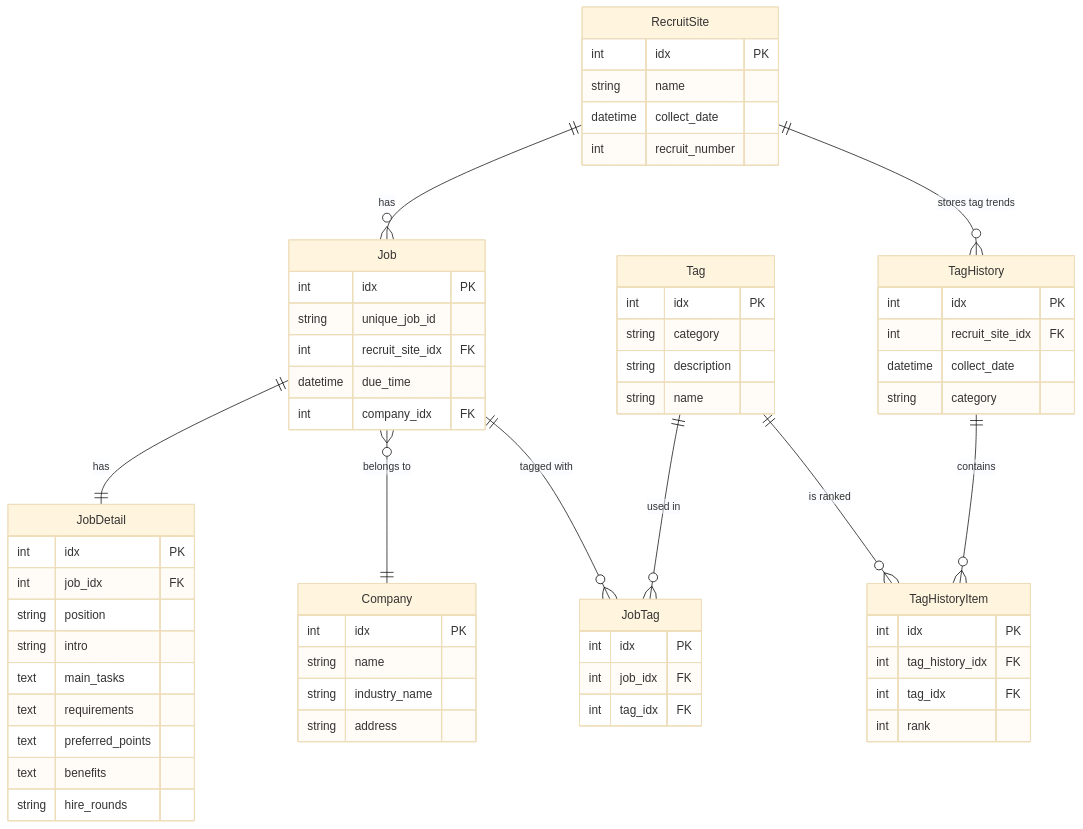
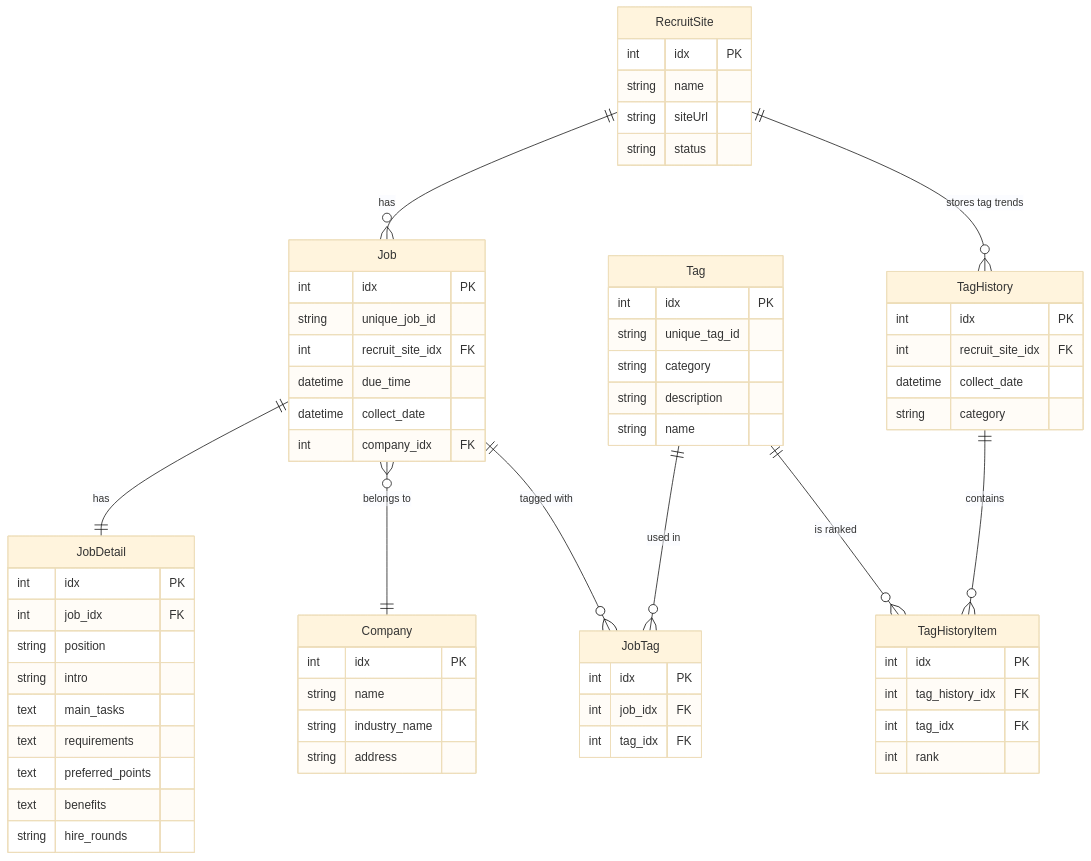
The second of 2 diagrams in README.md (JeongWon-West/supporter), drawn with Mermaid (base theme) before and after one commit. The commit also changed 25 other files, not shown here.

````diff
--- a/README.md
+++ b/README.md
@@ -131,73 +131,76 @@
 ```mermaid
 erDiagram
     RecruitSite {
         int idx PK
         string name
-        datetime collect_date
-        int recruit_number
+        string siteUrl
+        string status
     }
 
     Job {
         int idx PK
         string unique_job_id
         int recruit_site_idx FK
         datetime due_time
+        datetime collect_date
         int company_idx FK
     }
 
     JobDetail {
         int idx PK
         int job_idx FK
         string position
         string intro
         text main_tasks
         text requirements
         text preferred_points
         text benefits
         string hire_rounds
     }
 
     Company {
         int idx PK
         string name
         string industry_name
         string address
     }
 
     Tag {
         int idx PK
+        string unique_tag_id
         string category
         string description
         string name
     }
 
     JobTag {
         int idx PK
         int job_idx FK
         int tag_idx FK
     }
 
     TagHistory {
         int idx PK
         int recruit_site_idx FK
         datetime collect_date
         string category
     }
 
     TagHistoryItem {
         int idx PK
         int tag_history_idx FK
         int tag_idx FK
         int rank
     }
 
     RecruitSite ||--o{ Job : "has"
     Job ||--|| JobDetail : "has"
     Job }o--|| Company : "belongs to"
     Job ||--o{ JobTag : "tagged with"
     Tag ||--o{ JobTag : "used in"
     RecruitSite ||--o{ TagHistory : "stores tag trends"
     TagHistory ||--o{ TagHistoryItem : "contains"
     Tag ||--o{ TagHistoryItem : "is ranked"
 
+
 ```
````
